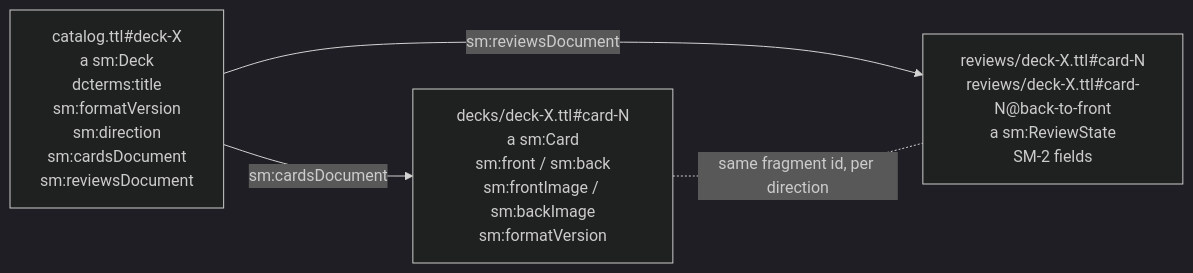
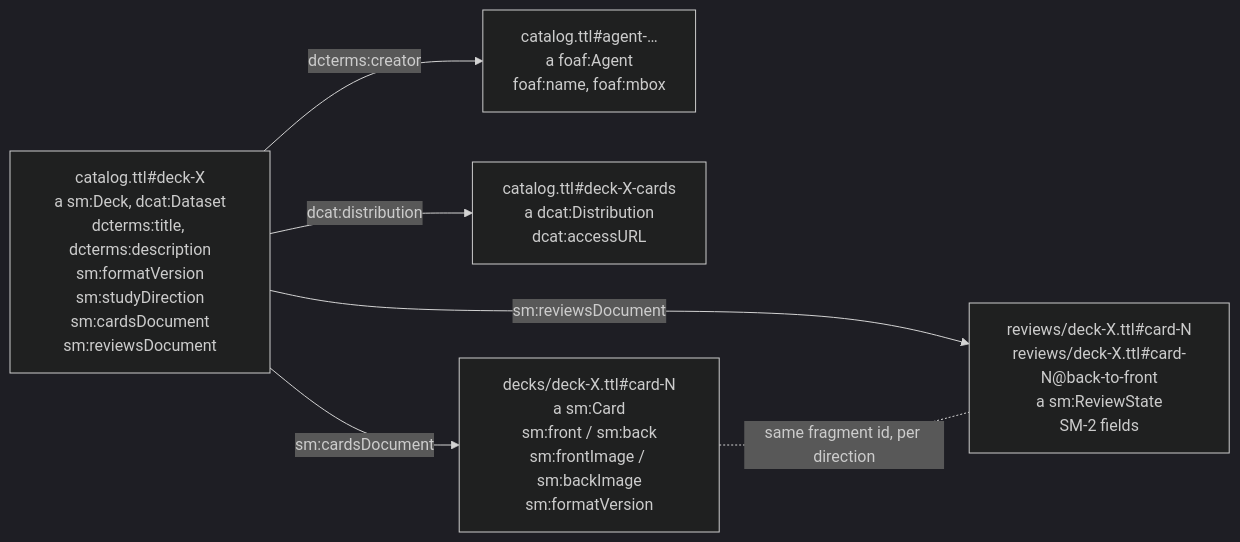
The third of 3 diagrams in docs/data-model.md (antwika/solid-memo), drawn with Mermaid (dark theme) before and after one commit. The commit also changed other lines of this file and 227 other files, not shown here.

First line of the commit message:
Adopt DCAT/SKOS with runtime validation, and make the format update copy-then-switch

````diff
--- a/docs/data-model.md
+++ b/docs/data-model.md
@@ -94,9 +99,13 @@
 ```mermaid
 graph LR
-    C["catalog.ttl#deck-X<br/>a sm:Deck<br/>dcterms:title<br/>sm:formatVersion<br/>sm:direction<br/>sm:cardsDocument<br/>sm:reviewsDocument"]
+    C["catalog.ttl#deck-X<br/>a sm:Deck, dcat:Dataset<br/>dcterms:title, dcterms:description<br/>sm:formatVersion<br/>sm:studyDirection<br/>sm:cardsDocument<br/>sm:reviewsDocument"]
+    A["catalog.ttl#agent-…<br/>a foaf:Agent<br/>foaf:name, foaf:mbox"]
+    X["catalog.ttl#deck-X-cards<br/>a dcat:Distribution<br/>dcat:accessURL"]
+    C -->|dcterms:creator| A
+    C -->|dcat:distribution| X
     D["decks/deck-X.ttl#card-N<br/>a sm:Card<br/>sm:front / sm:back<br/>sm:frontImage / sm:backImage<br/>sm:formatVersion"]
     R["reviews/deck-X.ttl#card-N<br/>reviews/deck-X.ttl#card-N@back-to-front<br/>a sm:ReviewState<br/>SM-2 fields"]
     C -->|sm:cardsDocument| D
     C -->|sm:reviewsDocument| R
     D -. same fragment id, per direction .- R
 ```
````
